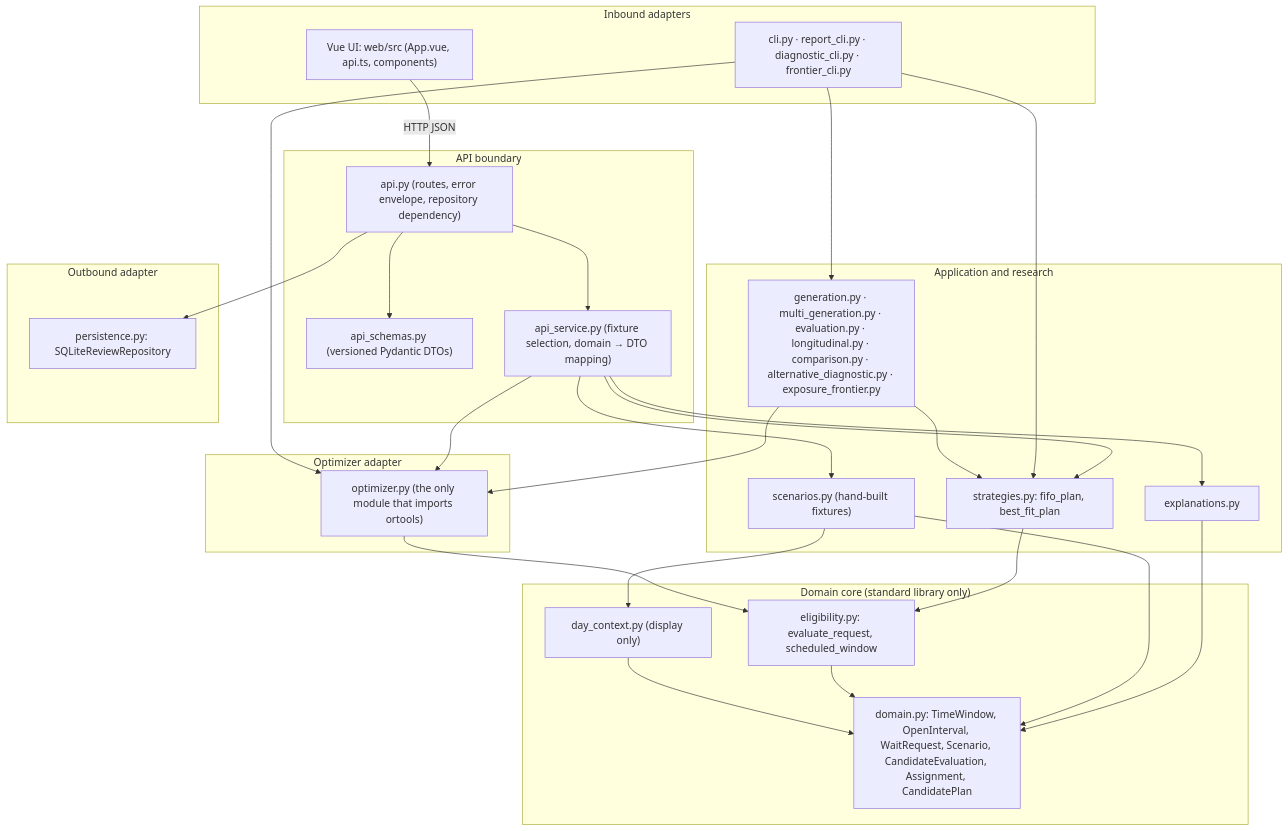
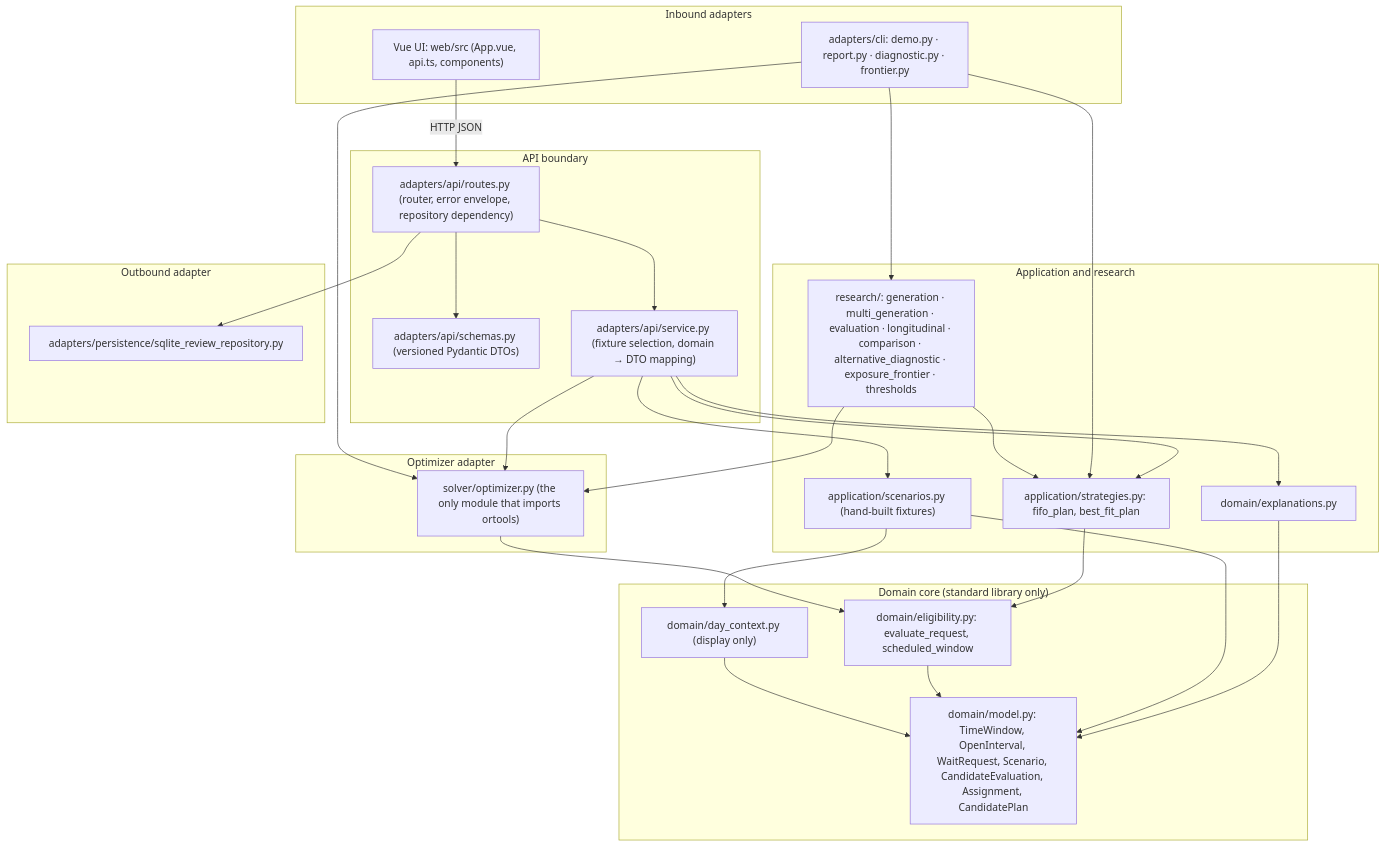
The diagram in docs/architecture.md (ricardotassio/slotfit), drawn with Mermaid before and after one commit. The commit also changed other lines of this file and 4 other files, not shown here.

````diff
--- a/docs/architecture.md
+++ b/docs/architecture.md
@@ -63,49 +76,49 @@
 ```mermaid
 flowchart TB
   subgraph Inbound["Inbound adapters"]
-    CLI["cli.py · report_cli.py · diagnostic_cli.py · frontier_cli.py"]
+    CLI["adapters/cli: demo.py · report.py · diagnostic.py · frontier.py"]
     UI["Vue UI: web/src (App.vue, api.ts, components)"]
   end
   subgraph Boundary["API boundary"]
-    ROUTES["api.py (routes, error envelope, repository dependency)"]
-    SCHEMAS["api_schemas.py (versioned Pydantic DTOs)"]
-    SVC["api_service.py (fixture selection, domain → DTO mapping)"]
+    ROUTES["adapters/api/routes.py (router, error envelope, repository dependency)"]
+    SCHEMAS["adapters/api/schemas.py (versioned Pydantic DTOs)"]
+    SVC["adapters/api/service.py (fixture selection, domain → DTO mapping)"]
   end
   subgraph Application["Application and research"]
-    STRAT["strategies.py: fifo_plan, best_fit_plan"]
-    EXPL["explanations.py"]
-    FIX["scenarios.py (hand-built fixtures)"]
-    RESEARCH["generation.py · multi_generation.py · evaluation.py · longitudinal.py · comparison.py · alternative_diagnostic.py · exposure_frontier.py"]
+    STRAT["application/strategies.py: fifo_plan, best_fit_plan"]
+    EXPL["domain/explanations.py"]
+    FIX["application/scenarios.py (hand-built fixtures)"]
+    RESEARCH["research/: generation · multi_generation · evaluation · longitudinal · comparison · alternative_diagnostic · exposure_frontier · thresholds"]
   end
   subgraph Solver["Optimizer adapter"]
-    OPT["optimizer.py (the only module that imports ortools)"]
+    OPT["solver/optimizer.py (the only module that imports ortools)"]
   end
   subgraph Domain["Domain core (standard library only)"]
-    DOM["domain.py: TimeWindow, OpenInterval, WaitRequest, Scenario, CandidateEvaluation, Assignment, CandidatePlan"]
-    ELIG["eligibility.py: evaluate_request, scheduled_window"]
-    CTX["day_context.py (display only)"]
+    DOM["domain/model.py: TimeWindow, OpenInterval, WaitRequest, Scenario, CandidateEvaluation, Assignment, CandidatePlan"]
+    ELIG["domain/eligibility.py: evaluate_request, scheduled_window"]
+    CTX["domain/day_context.py (display only)"]
   end
   subgraph Outbound["Outbound adapter"]
-    PERS["persistence.py: SQLiteReviewRepository"]
+    PERS["adapters/persistence/sqlite_review_repository.py"]
   end
   UI -->|HTTP JSON| ROUTES
   ROUTES --> SCHEMAS
   ROUTES --> SVC
   ROUTES --> PERS
   SVC --> STRAT
   SVC --> OPT
   SVC --> EXPL
   SVC --> FIX
   CLI --> STRAT
   CLI --> OPT
   CLI --> RESEARCH
   RESEARCH --> OPT
   RESEARCH --> STRAT
   STRAT --> ELIG
   OPT --> ELIG
   EXPL --> DOM
   FIX --> DOM
   FIX --> CTX
   ELIG --> DOM
   CTX --> DOM
 ```
````
